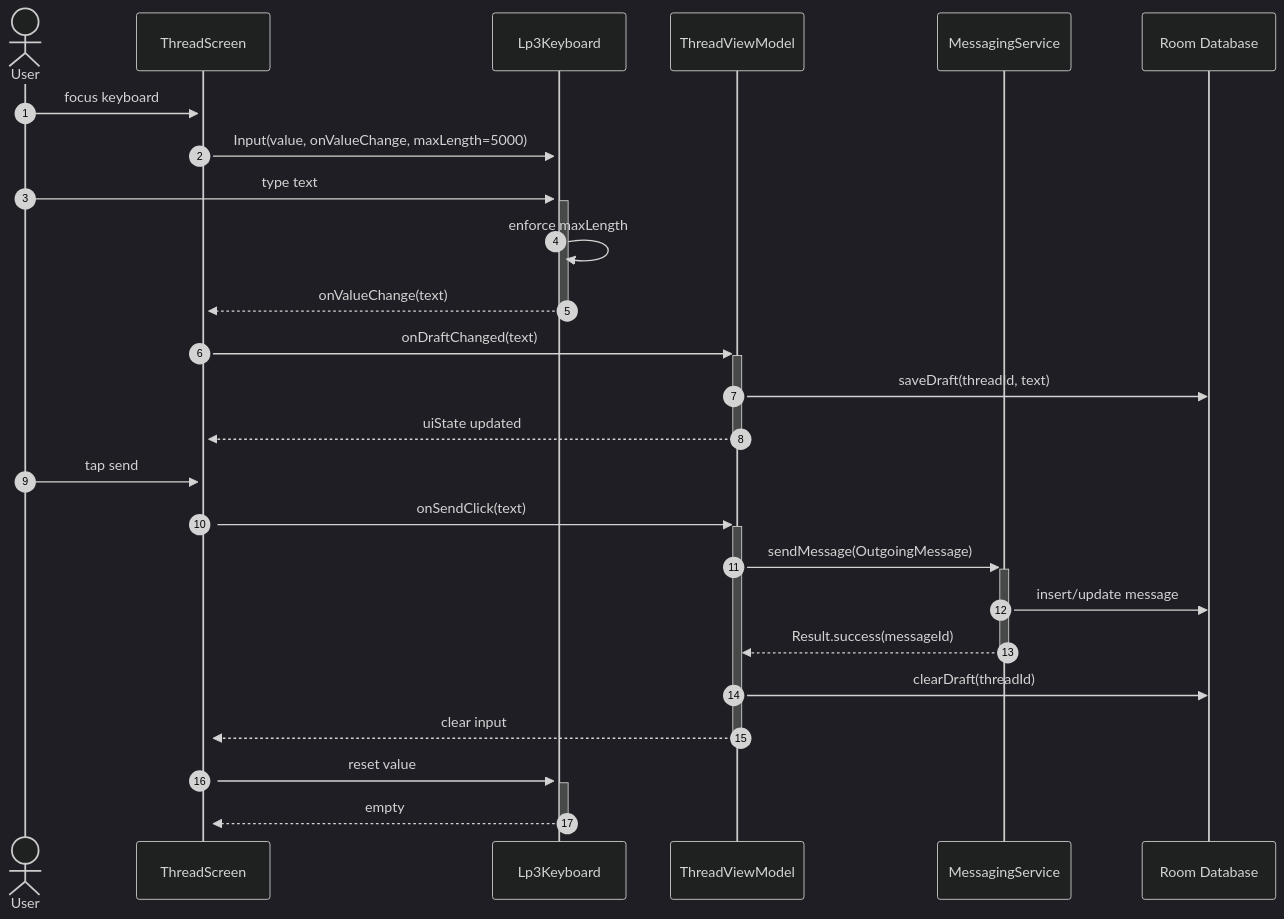
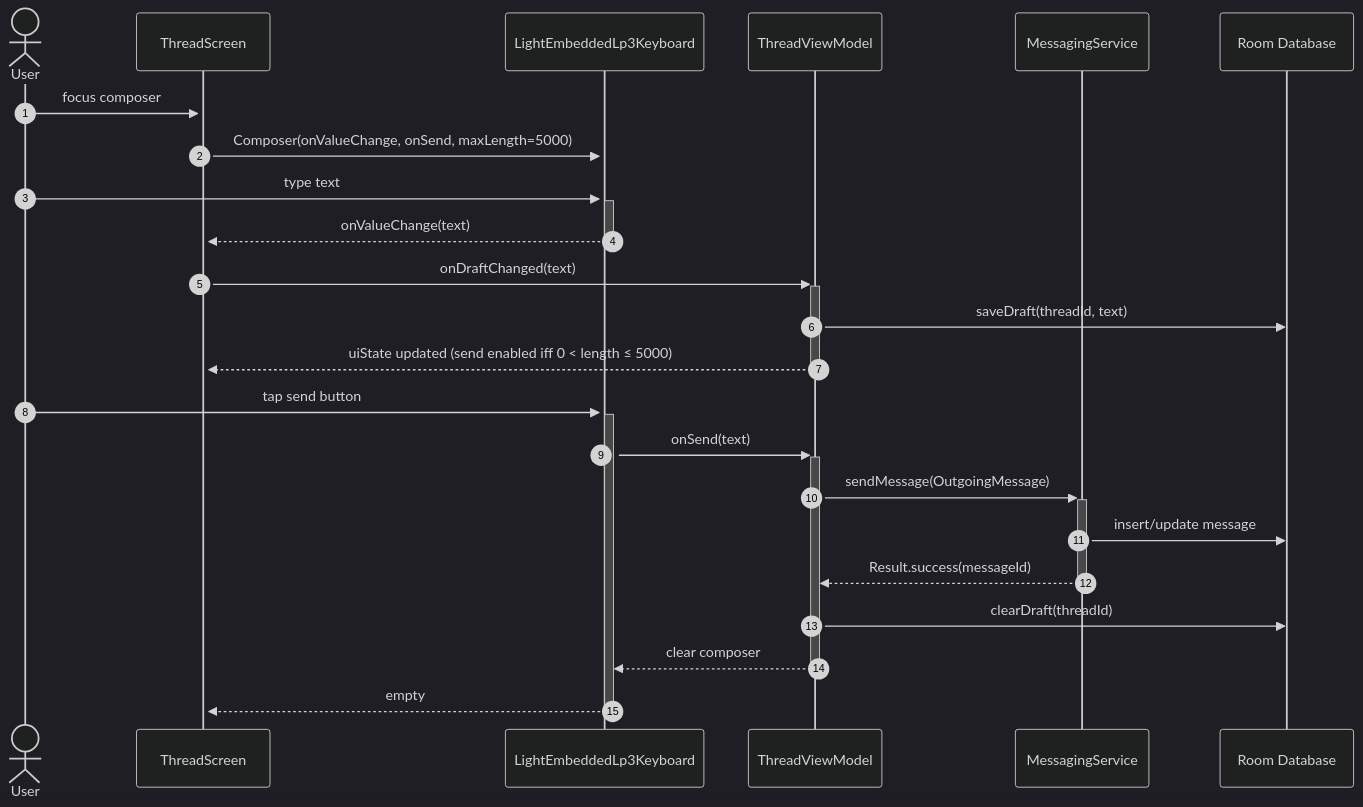
One commit to sean-light-dev/light-imessage changed the fifth of 16 diagrams in docs/initiatives/v1/codespec/milestone-6.md. Above: the diagram before and after it, drawn with Mermaid (dark theme). The commit also changed other lines of this file, not shown here.

````diff
--- a/docs/initiatives/v1/codespec/milestone-6.md
+++ b/docs/initiatives/v1/codespec/milestone-6.md
@@ -401,29 +407,27 @@
 ```mermaid
 sequenceDiagram
     autonumber
     actor U as User
     participant TS as ThreadScreen
-    participant LK as Lp3Keyboard
+    participant LK as LightEmbeddedLp3Keyboard
     participant TVM as ThreadViewModel
     participant MS as MessagingService
     participant DB as Room Database
 
-    U->>+TS: focus keyboard
-    TS->>+LK: Input(value, onValueChange, maxLength=5000)
+    U->>+TS: focus composer
+    TS->>+LK: Composer(onValueChange, onSend, maxLength=5000)
     U->>+LK: type text
-    LK->>LK: enforce maxLength
     LK-->>-TS: onValueChange(text)
     TS->>+TVM: onDraftChanged(text)
     TVM->>DB: saveDraft(threadId, text)
-    TVM-->>-TS: uiState updated
+    TVM-->>-TS: uiState updated (send enabled iff 0 < length ≤ 5000)
 
-    U->>+TS: tap send
-    TS->>+TVM: onSendClick(text)
+    U->>+LK: tap send button
+    LK->>+TVM: onSend(text)
     TVM->>+MS: sendMessage(OutgoingMessage)
     MS->>DB: insert/update message
     MS-->>-TVM: Result.success(messageId)
     TVM->>DB: clearDraft(threadId)
-    TVM-->>-TS: clear input
-    TS->>+LK: reset value
+    TVM-->>-LK: clear composer
     LK-->>-TS: empty
 ```
````
